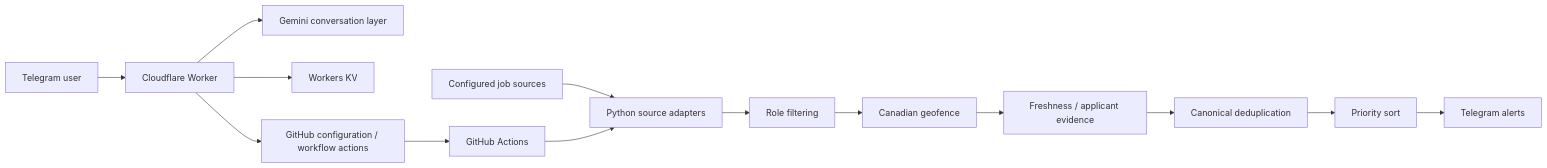
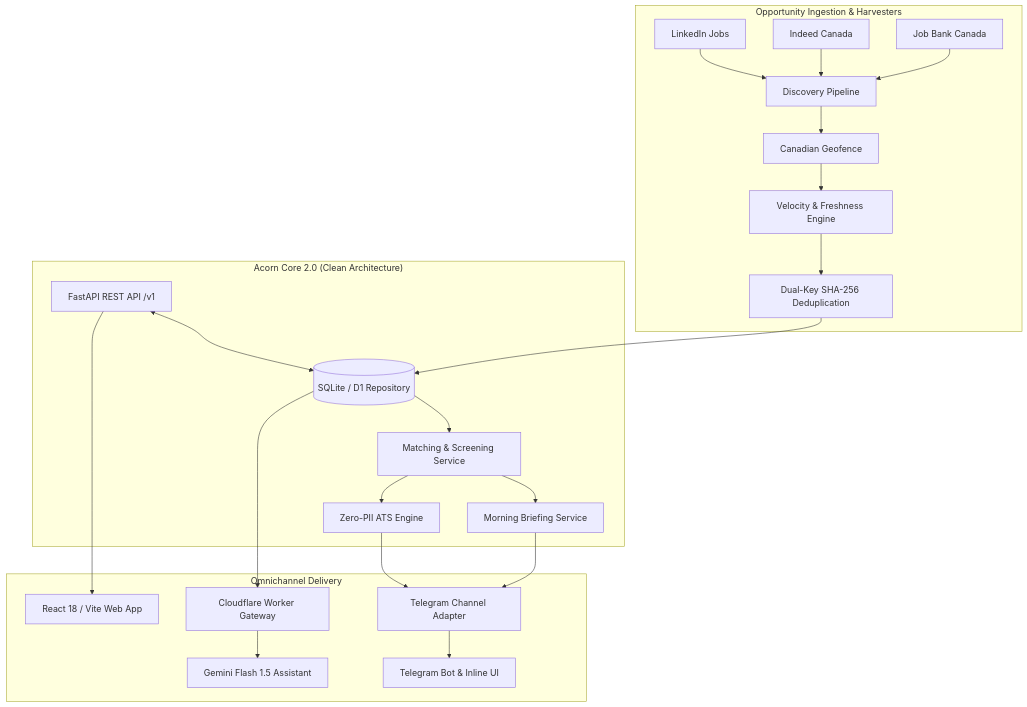
One commit to mtk7zt/Acorn changed the diagram in README.md. Above: the diagram before and after it, drawn with Mermaid. The commit also changed other lines of this file, not shown here.

Commit message:
docs(readme): modernize README for Acorn 2.0 with web app, REST API, and domain architecture

````diff
--- a/README.md
+++ b/README.md
@@ -114,17 +91,29 @@
 ```mermaid
-flowchart LR
-    A[Configured job sources] --> B[Python source adapters]
-    B --> C[Role filtering]
-    C --> D[Canadian geofence]
-    D --> E[Freshness / applicant evidence]
-    E --> F[Canonical deduplication]
-    F --> G[Priority sort]
-    G --> H[Telegram alerts]
+flowchart TD
+    subgraph Ingestion["Opportunity Ingestion & Harvesters"]
+        A1[LinkedIn Jobs] --> PIPE[Discovery Pipeline]
+        A2[Indeed Canada] --> PIPE
+        A3[Job Bank Canada] --> PIPE
+        PIPE --> GEO[Canadian Geofence]
+        GEO --> VEL[Velocity & Freshness Engine]
+        VEL --> DEDUP[Dual-Key SHA-256 Deduplication]
+    end
 
-    I[GitHub Actions] --> B
-    J[Telegram user] --> K[Cloudflare Worker]
-    K --> L[Gemini conversation layer]
-    K --> M[Workers KV]
-    K --> N[GitHub configuration / workflow actions]
-    N --> I
+    subgraph Core["Acorn Core 2.0 (Clean Architecture)"]
+        DEDUP --> REPO[(SQLite / D1 Repository)]
+        REPO --> MATCH[Matching & Screening Service]
+        MATCH --> BRIEF[Morning Briefing Service]
+        MATCH --> SEC[Zero-PII ATS Engine]
+        API[FastAPI REST API /v1] <--> REPO
+    end
+
+    subgraph Channels["Omnichannel Delivery"]
+        BRIEF --> TG_ADAPTER[Telegram Channel Adapter]
+        SEC --> TG_ADAPTER
+        TG_ADAPTER --> TG_BOT[Telegram Bot & Inline UI]
+        
+        API --> WEB[React 18 / Vite Web App]
+        REPO --> CF_EDGE[Cloudflare Worker Gateway]
+        CF_EDGE --> GEMINI[Gemini Flash 1.5 Assistant]
+    end
 ```
````
